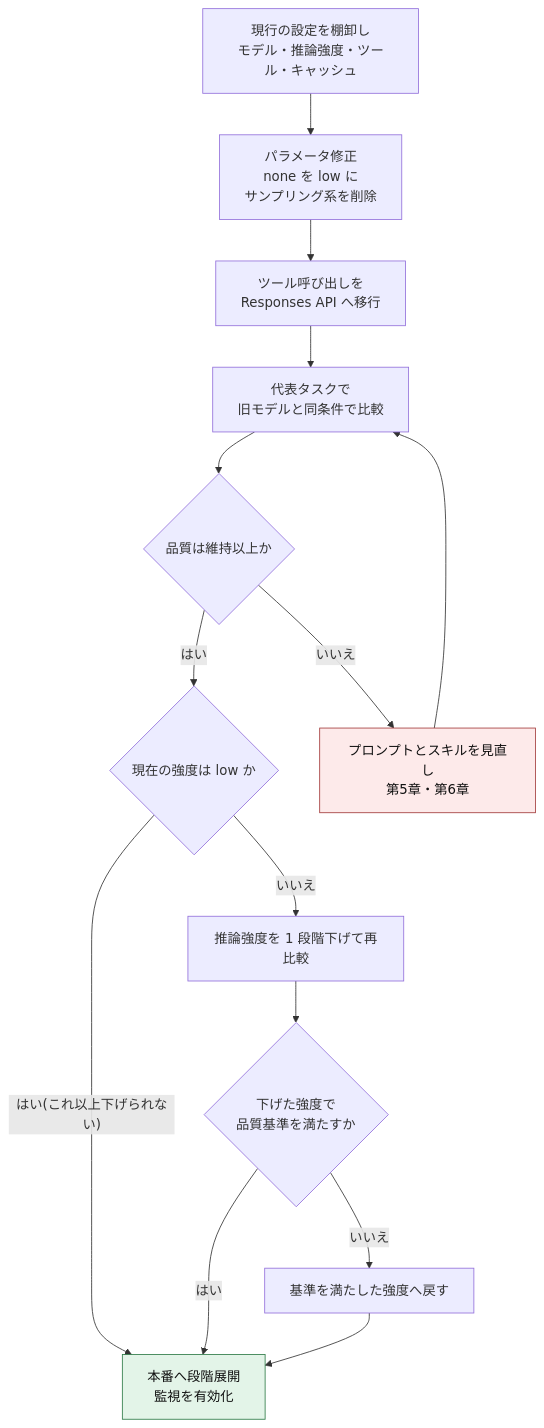
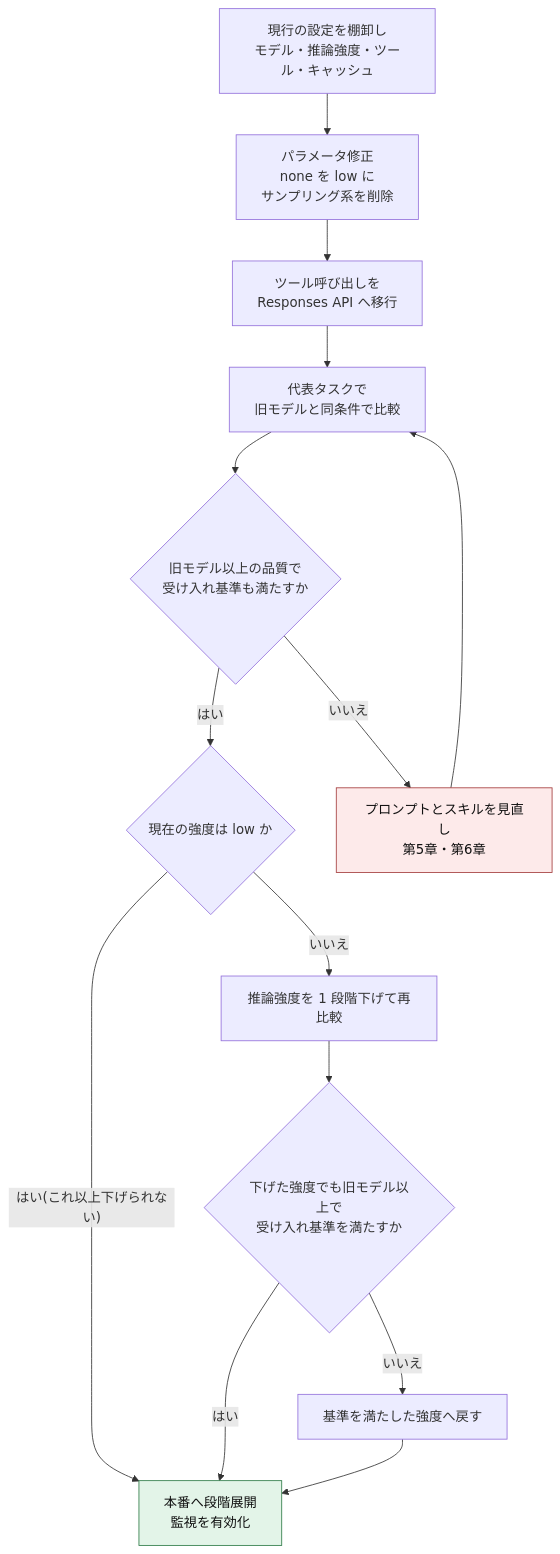
Before and after one commit to myoshi2891/Comparison-of-LLMs: the third of 12 diagrams in Openai-gpt-6-astra-best-practices-guide.md, drawn with Mermaid. The commit also changed other lines of this file, not shown here.

Commit message:
docs(openai): clarify steering event format and refine flowcharts in Astra guide

````diff
--- a/Openai-gpt-6-astra-best-practices-guide.md
+++ b/Openai-gpt-6-astra-best-practices-guide.md
@@ -195,20 +195,20 @@
 ```mermaid
 flowchart TB
   A["現行の設定を棚卸し<br/>モデル・推論強度・ツール・キャッシュ"] --> B["パラメータ修正<br/>none を low に<br/>サンプリング系を削除"]
   B --> C["ツール呼び出しを<br/>Responses API へ移行"]
   C --> D["代表タスクで<br/>旧モデルと同条件で比較"]
-  D --> E{"品質は維持以上か"}
+  D --> E{"旧モデル以上の品質で<br/>受け入れ基準も満たすか"}
   E -- "はい" --> L{"現在の強度は low か"}
   L -- "はい(これ以上下げられない)" --> H
   L -- "いいえ" --> F["推論強度を 1 段階下げて再比較"]
   E -- "いいえ" --> G["プロンプトとスキルを見直し<br/>第5章・第6章"]
   G --> D
-  F --> I{"下げた強度で<br/>品質基準を満たすか"}
+  F --> I{"下げた強度でも旧モデル以上で<br/>受け入れ基準を満たすか"}
   I -- "はい" --> H["本番へ段階展開<br/>監視を有効化"]
   I -- "いいえ" --> J["基準を満たした強度へ戻す"]
   J --> H
   classDef ok fill:#e3f4e8,stroke:#2d7a46,color:#111
   classDef warn fill:#fdeaea,stroke:#a33b3b,color:#111
   class H ok
   class G warn
 ```
````
